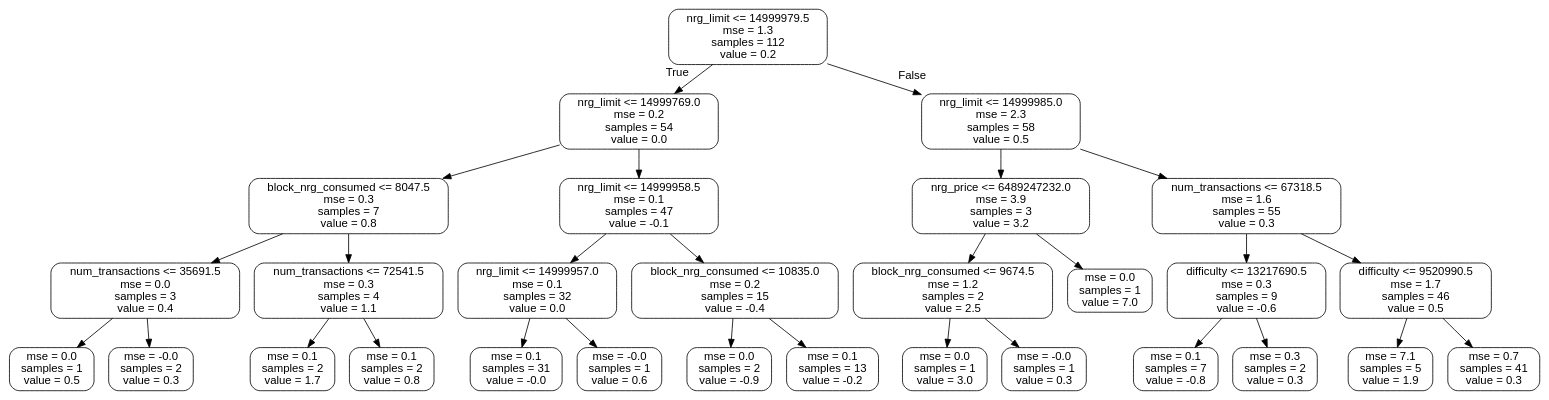
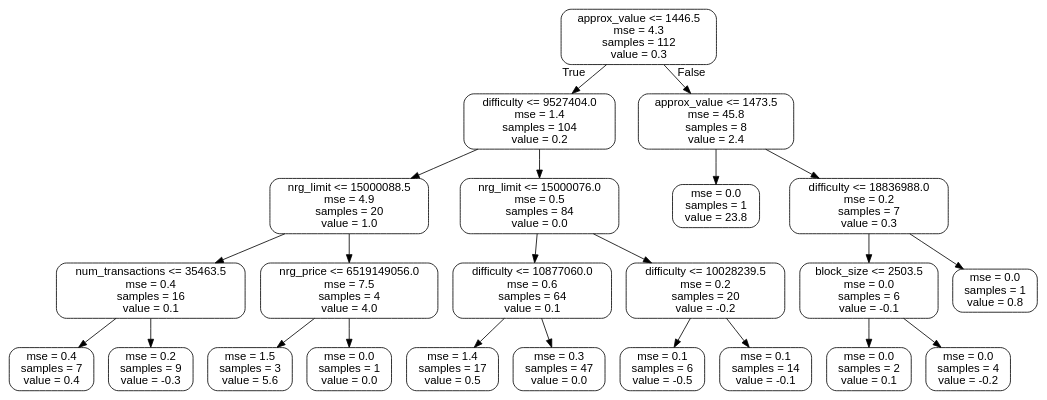
One commit to andre-aion/aion_analytics changed the diagram in small_tree.dot. Above: the diagram before and after it, drawn with Graphviz. The commit also changed 53 other files, not shown here.

```diff
--- a/small_tree.dot
+++ b/small_tree.dot
@@ -1,61 +1,49 @@
 digraph Tree {
 node [shape=box, style="rounded", color="black", fontname=helvetica] ;
 edge [fontname=helvetica] ;
-0 [label="nrg_limit <= 14999979.5\nmse = 1.3\nsamples = 112\nvalue = 0.2"] ;
-1 [label="nrg_limit <= 14999769.0\nmse = 0.2\nsamples = 54\nvalue = 0.0"] ;
+0 [label="approx_value <= 1446.5\nmse = 4.3\nsamples = 112\nvalue = 0.3"] ;
+1 [label="difficulty <= 9527404.0\nmse = 1.4\nsamples = 104\nvalue = 0.2"] ;
 0 -> 1 [labeldistance=2.5, labelangle=45, headlabel="True"] ;
-2 [label="block_nrg_consumed <= 8047.5\nmse = 0.3\nsamples = 7\nvalue = 0.8"] ;
+2 [label="nrg_limit <= 15000088.5\nmse = 4.9\nsamples = 20\nvalue = 1.0"] ;
 1 -> 2 ;
-3 [label="num_transactions <= 35691.5\nmse = 0.0\nsamples = 3\nvalue = 0.4"] ;
+3 [label="num_transactions <= 35463.5\nmse = 0.4\nsamples = 16\nvalue = 0.1"] ;
 2 -> 3 ;
-4 [label="mse = 0.0\nsamples = 1\nvalue = 0.5"] ;
+4 [label="mse = 0.4\nsamples = 7\nvalue = 0.4"] ;
 3 -> 4 ;
-5 [label="mse = -0.0\nsamples = 2\nvalue = 0.3"] ;
+5 [label="mse = 0.2\nsamples = 9\nvalue = -0.3"] ;
 3 -> 5 ;
-6 [label="num_transactions <= 72541.5\nmse = 0.3\nsamples = 4\nvalue = 1.1"] ;
+6 [label="nrg_price <= 6519149056.0\nmse = 7.5\nsamples = 4\nvalue = 4.0"] ;
 2 -> 6 ;
-7 [label="mse = 0.1\nsamples = 2\nvalue = 1.7"] ;
+7 [label="mse = 1.5\nsamples = 3\nvalue = 5.6"] ;
 6 -> 7 ;
-8 [label="mse = 0.1\nsamples = 2\nvalue = 0.8"] ;
+8 [label="mse = 0.0\nsamples = 1\nvalue = 0.0"] ;
 6 -> 8 ;
-9 [label="nrg_limit <= 14999958.5\nmse = 0.1\nsamples = 47\nvalue = -0.1"] ;
+9 [label="nrg_limit <= 15000076.0\nmse = 0.5\nsamples = 84\nvalue = 0.0"] ;
 1 -> 9 ;
-10 [label="nrg_limit <= 14999957.0\nmse = 0.1\nsamples = 32\nvalue = 0.0"] ;
+10 [label="difficulty <= 10877060.0\nmse = 0.6\nsamples = 64\nvalue = 0.1"] ;
 9 -> 10 ;
-11 [label="mse = 0.1\nsamples = 31\nvalue = -0.0"] ;
+11 [label="mse = 1.4\nsamples = 17\nvalue = 0.5"] ;
 10 -> 11 ;
-12 [label="mse = -0.0\nsamples = 1\nvalue = 0.6"] ;
+12 [label="mse = 0.3\nsamples = 47\nvalue = 0.0"] ;
 10 -> 12 ;
-13 [label="block_nrg_consumed <= 10835.0\nmse = 0.2\nsamples = 15\nvalue = -0.4"] ;
+13 [label="difficulty <= 10028239.5\nmse = 0.2\nsamples = 20\nvalue = -0.2"] ;
 9 -> 13 ;
-14 [label="mse = 0.0\nsamples = 2\nvalue = -0.9"] ;
+14 [label="mse = 0.1\nsamples = 6\nvalue = -0.5"] ;
 13 -> 14 ;
-15 [label="mse = 0.1\nsamples = 13\nvalue = -0.2"] ;
+15 [label="mse = 0.1\nsamples = 14\nvalue = -0.1"] ;
 13 -> 15 ;
-16 [label="nrg_limit <= 14999985.0\nmse = 2.3\nsamples = 58\nvalue = 0.5"] ;
+16 [label="approx_value <= 1473.5\nmse = 45.8\nsamples = 8\nvalue = 2.4"] ;
 0 -> 16 [labeldistance=2.5, labelangle=-45, headlabel="False"] ;
-17 [label="nrg_price <= 6489247232.0\nmse = 3.9\nsamples = 3\nvalue = 3.2"] ;
+17 [label="mse = 0.0\nsamples = 1\nvalue = 23.8"] ;
 16 -> 17 ;
-18 [label="block_nrg_consumed <= 9674.5\nmse = 1.2\nsamples = 2\nvalue = 2.5"] ;
-17 -> 18 ;
-19 [label="mse = 0.0\nsamples = 1\nvalue = 3.0"] ;
+18 [label="difficulty <= 18836988.0\nmse = 0.2\nsamples = 7\nvalue = 0.3"] ;
+16 -> 18 ;
+19 [label="block_size <= 2503.5\nmse = 0.0\nsamples = 6\nvalue = -0.1"] ;
 18 -> 19 ;
-20 [label="mse = -0.0\nsamples = 1\nvalue = 0.3"] ;
-18 -> 20 ;
-21 [label="mse = 0.0\nsamples = 1\nvalue = 7.0"] ;
-17 -> 21 ;
-22 [label="num_transactions <= 67318.5\nmse = 1.6\nsamples = 55\nvalue = 0.3"] ;
-16 -> 22 ;
-23 [label="difficulty <= 13217690.5\nmse = 0.3\nsamples = 9\nvalue = -0.6"] ;
-22 -> 23 ;
-24 [label="mse = 0.1\nsamples = 7\nvalue = -0.8"] ;
-23 -> 24 ;
-25 [label="mse = 0.3\nsamples = 2\nvalue = 0.3"] ;
-23 -> 25 ;
-26 [label="difficulty <= 9520990.5\nmse = 1.7\nsamples = 46\nvalue = 0.5"] ;
-22 -> 26 ;
-27 [label="mse = 7.1\nsamples = 5\nvalue = 1.9"] ;
-26 -> 27 ;
-28 [label="mse = 0.7\nsamples = 41\nvalue = 0.3"] ;
-26 -> 28 ;
+20 [label="mse = 0.0\nsamples = 2\nvalue = 0.1"] ;
+19 -> 20 ;
+21 [label="mse = 0.0\nsamples = 4\nvalue = -0.2"] ;
+19 -> 21 ;
+22 [label="mse = 0.0\nsamples = 1\nvalue = 0.8"] ;
+18 -> 22 ;
 }
```
